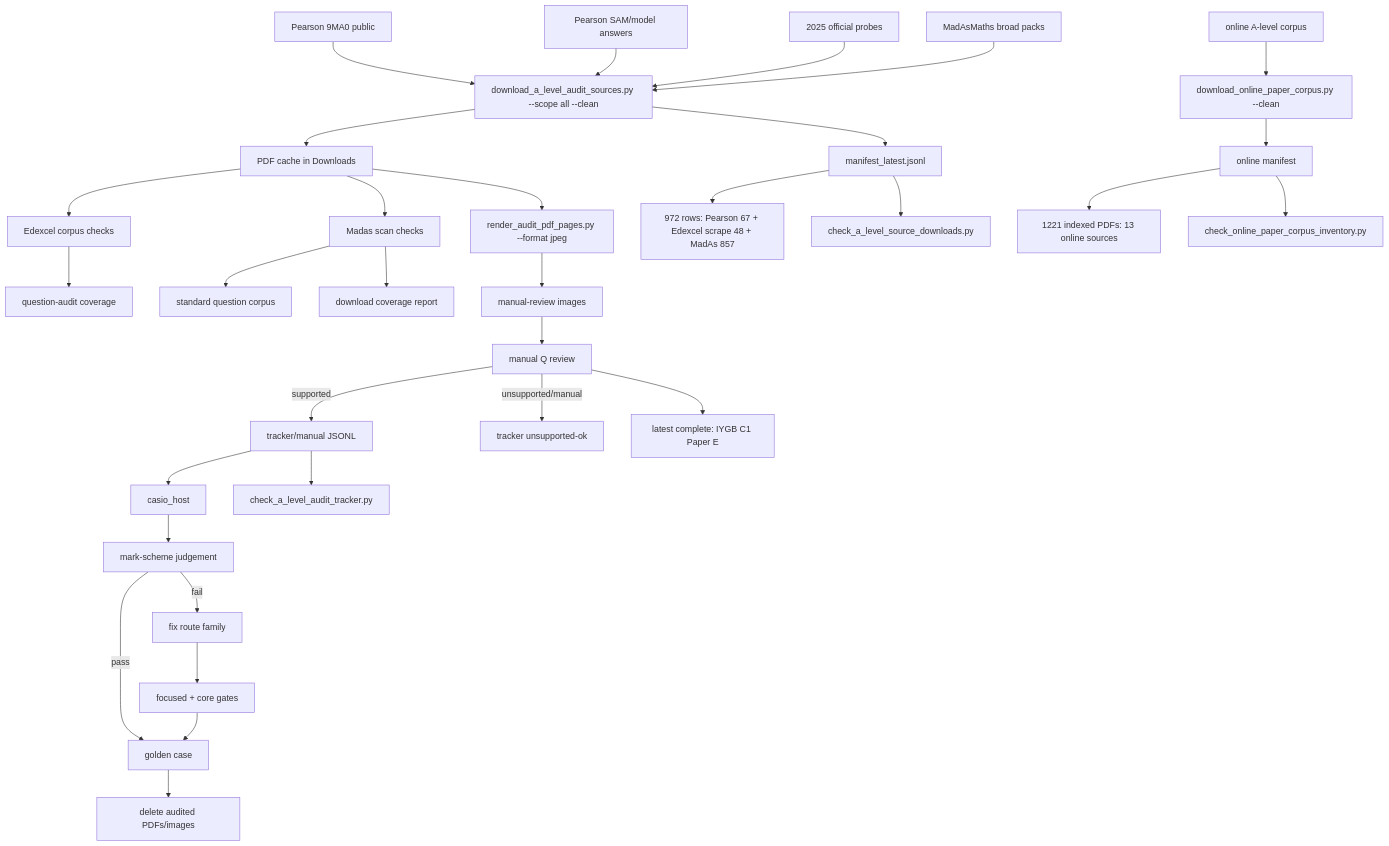
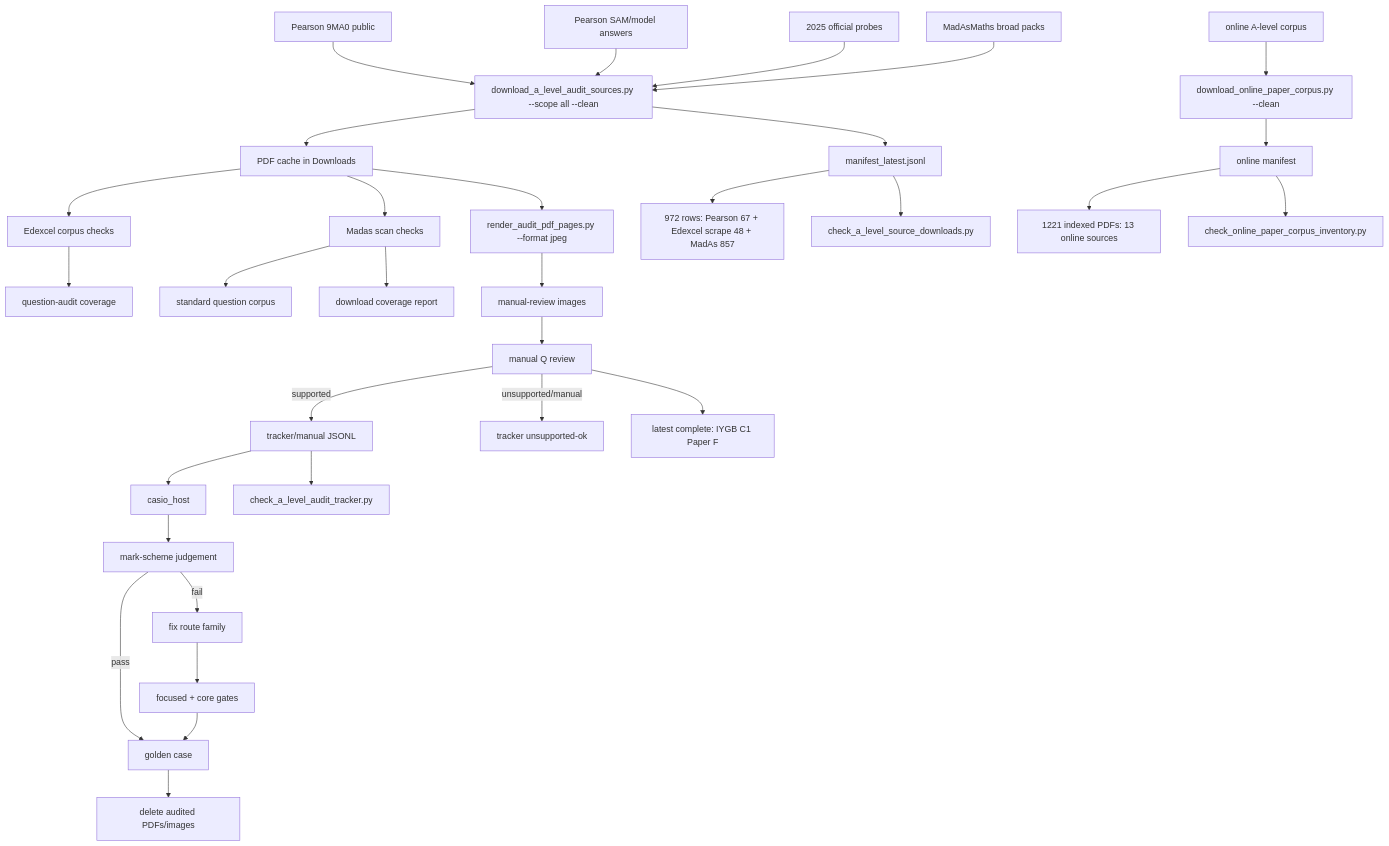
Before and after one commit to james8464/notes-addin-casio-fx-cg50: the diagram in c++/tools/golden/a_level_audit_graph.md, drawn with Mermaid. The commit also changed other lines of this file and 2 other files, not shown here.

Commit message:
Audit IYGB C1 Paper F

````diff
--- a/c++/tools/golden/a_level_audit_graph.md
+++ b/c++/tools/golden/a_level_audit_graph.md
@@ -3,34 +3,34 @@
 ```mermaid
 graph TD
   E1["Pearson 9MA0 public"] --> D["download_a_level_audit_sources.py --scope all --clean"]
   E2["Pearson SAM/model answers"] --> D
   E3["2025 official probes"] --> D
   M1["MadAsMaths broad packs"] --> D
   O1["online A-level corpus"] --> OD["download_online_paper_corpus.py --clean"]
   D --> P["PDF cache in Downloads"]
   D --> X["manifest_latest.jsonl"]
   OD --> OX["online manifest"]
   X --> XC["972 rows: Pearson 67 + Edexcel scrape 48 + MadAs 857"]
   OX --> OC["1221 indexed PDFs: 13 online sources"]
   X --> V["check_a_level_source_downloads.py"]
   OX --> OV["check_online_paper_corpus_inventory.py"]
   P --> E["Edexcel corpus checks"]
   E --> EQ["question-audit coverage"]
   P --> S["Madas scan checks"]
   S --> M["standard question corpus"]
   S --> MC["download coverage report"]
   P --> R["render_audit_pdf_pages.py --format jpeg"]
   R --> I["manual-review images"]
   I --> Q["manual Q review"]
   Q -->|supported| J["tracker/manual JSONL"]
   Q -->|unsupported/manual| U["tracker unsupported-ok"]
   J --> H["casio_host"]
   J --> K["check_a_level_audit_tracker.py"]
   H --> C["mark-scheme judgement"]
   C -->|pass| G["golden case"]
   C -->|fail| F["fix route family"]
   F --> T["focused + core gates"]
   T --> G
   G --> Z["delete audited PDFs/images"]
-  Q --> Qt["latest complete: IYGB C1 Paper E"]
+  Q --> Qt["latest complete: IYGB C1 Paper F"]
 ```
````
